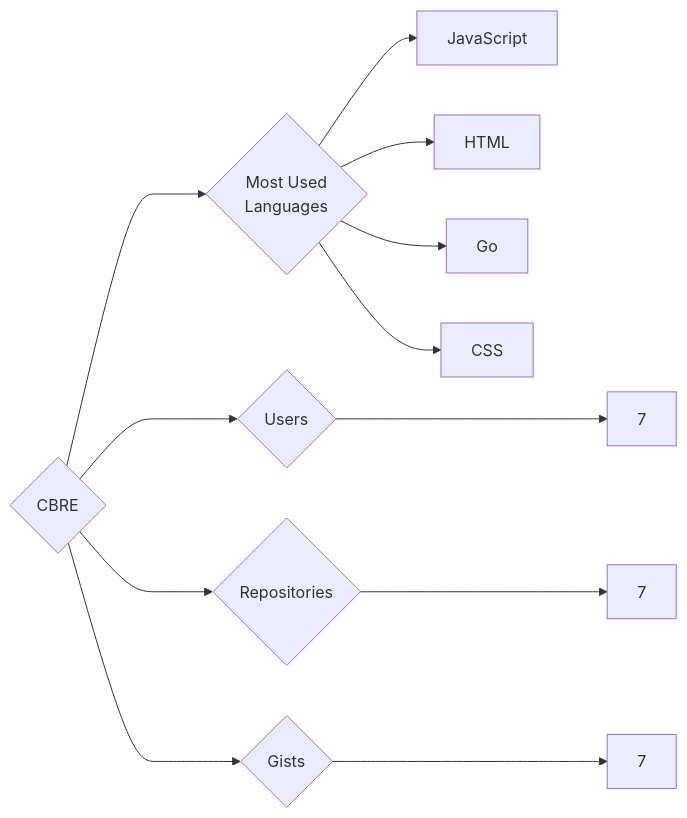
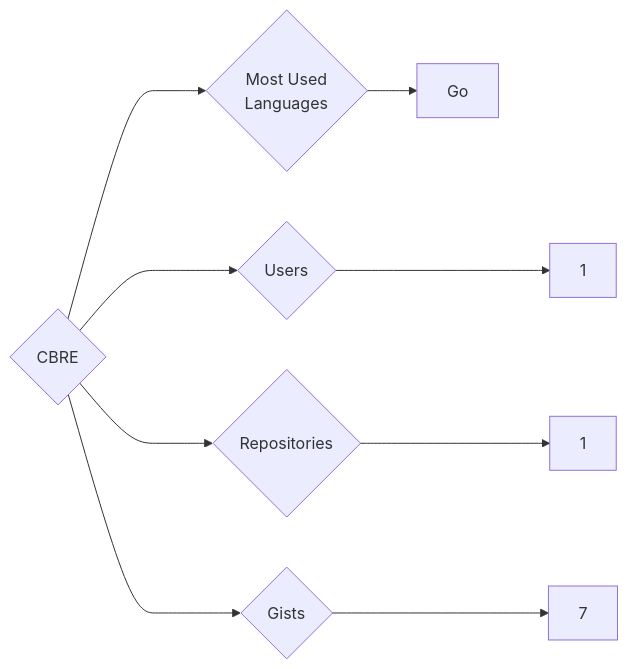
One commit to trickest/insiders changed the diagram in targets/CBRE/README.md. Above: the diagram before and after it, drawn with Mermaid. The commit also changed 1120 other files, not shown here.

````diff
--- a/targets/CBRE/README.md
+++ b/targets/CBRE/README.md
@@ -3,12 +3,9 @@
 ```mermaid
 graph LR
 COMPANY_NAME{CBRE}
-COMPANY_NAME ---> U{Users} ---> UN[7]
-COMPANY_NAME ---> R{Repositories} ---> RN[7]
+COMPANY_NAME ---> U{Users} ---> UN[1]
+COMPANY_NAME ---> R{Repositories} ---> RN[1]
 COMPANY_NAME ---> G{Gists} ---> GN[7]
 COMPANY_NAME ---> ML{Most Used<br>Languages}
-ML --> JavaScript[JavaScript]
-ML --> HTML[HTML]
 ML --> Go[Go]
-ML --> CSS[CSS]
 ```
````
